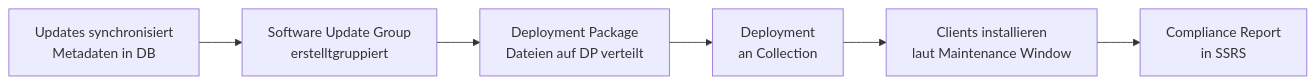
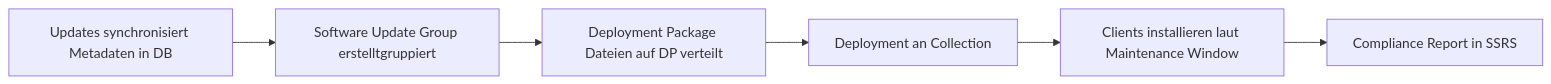
Before and after one commit to SoniiiT/notes-n-docs: the second of 3 diagrams in Microsoft 365/System Center/MECM Patch Management.md, drawn with Mermaid. The commit also changed other lines of this file and 124 other files, not shown here.

First line of the commit message:
fix: Entferne \n aus allen Mermaid-Diagrammen (125 Dateien)

````diff
--- a/Microsoft 365/System Center/MECM Patch Management.md
+++ b/Microsoft 365/System Center/MECM Patch Management.md
@@ -107,8 +107,8 @@
 ```mermaid
 flowchart LR
-    SYNC[Updates synchronisiert\nMetadaten in DB] --> SUG[Software Update Group\nerstelltgruppiert]
-    SUG --> PKG[Deployment Package\nDateien auf DP verteilt]
-    PKG --> DEPLOY[Deployment\nan Collection]
-    DEPLOY --> CLIENT[Clients installieren\nlaut Maintenance Window]
-    CLIENT --> REPORT[Compliance Report\nin SSRS]
+    SYNC[Updates synchronisiert Metadaten in DB] --> SUG[Software Update Group erstelltgruppiert]
+    SUG --> PKG[Deployment Package Dateien auf DP verteilt]
+    PKG --> DEPLOY[Deployment an Collection]
+    DEPLOY --> CLIENT[Clients installieren laut Maintenance Window]
+    CLIENT --> REPORT[Compliance Report in SSRS]
 ```
````
